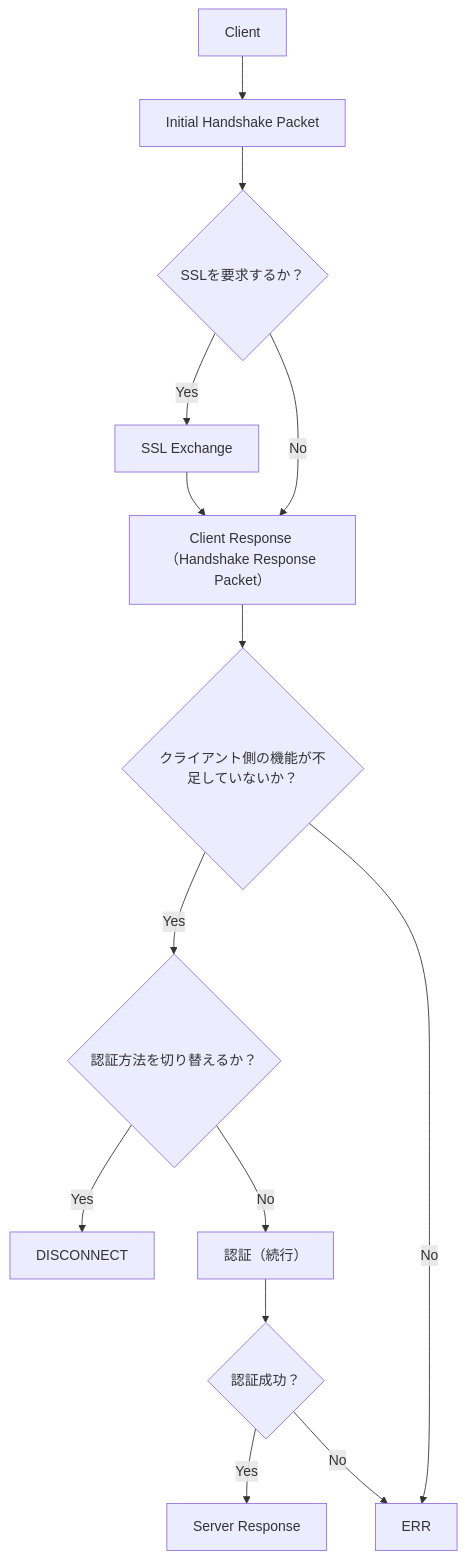
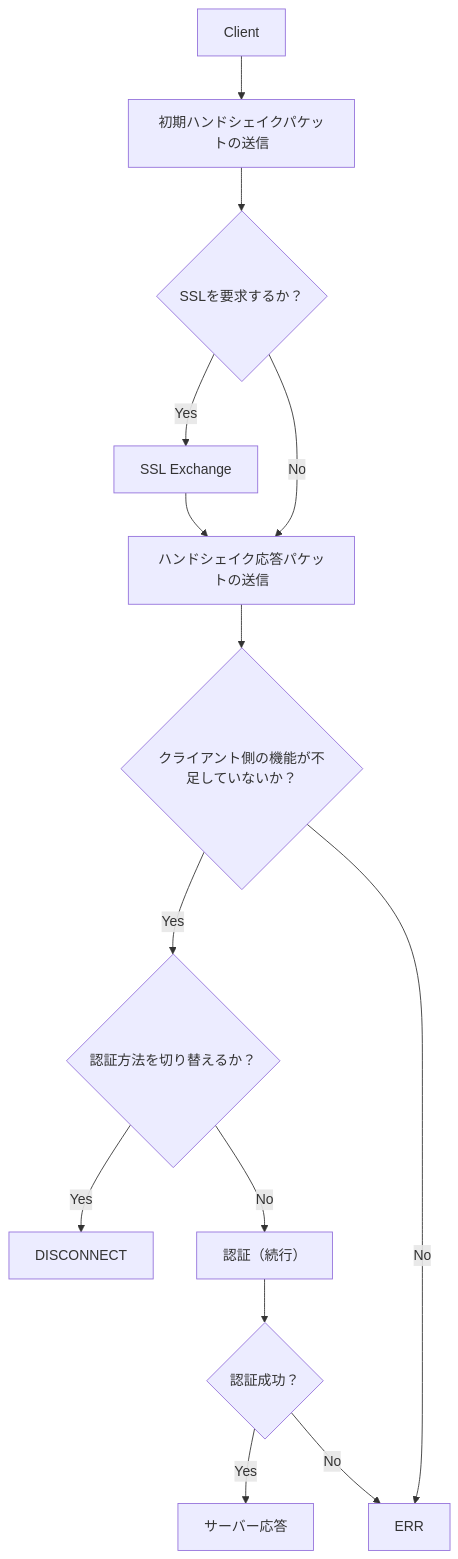
The second of 6 diagrams in docs/architecture/server/protocol/life-cycle.md (ren-yamanashi/minesql), drawn with Mermaid before and after one commit. The commit also changed other lines of this file and 1 other file, not shown here.

````diff
--- a/docs/architecture/server/protocol/life-cycle.md
+++ b/docs/architecture/server/protocol/life-cycle.md
@@ -50,20 +50,20 @@
 ```mermaid
 graph TD
 
 Client
---> InitHandshake[Initial Handshake Packet]
+--> InitHandshake[初期ハンドシェイクパケットの送信]
 --> IsSSL{SSLを要求するか？}
 IsSSL -->|Yes| SSL[SSL Exchange]
-IsSSL -->|No| ClientResponse[Client Response （Handshake Response Packet）]
+IsSSL -->|No| ClientResponse[ハンドシェイク応答パケットの送信]
 SSL --> ClientResponse
 
 ClientResponse --> ClientOK{クライアント側の機能が不足していないか？}
 ClientOK -->|Yes| SwitchAuth{認証方法を切り替えるか？}
 ClientOK -->|No| ERR
 
 SwitchAuth -->|Yes| DISCONNECT
 SwitchAuth -->|No| Auth[認証（続行）]
 Auth --> AuthOK{認証成功？}
-AuthOK -->|Yes| ServerResponse[Server Response]
+AuthOK -->|Yes| ServerResponse[サーバー応答]
 AuthOK -->|No| ERR
 ```
````
